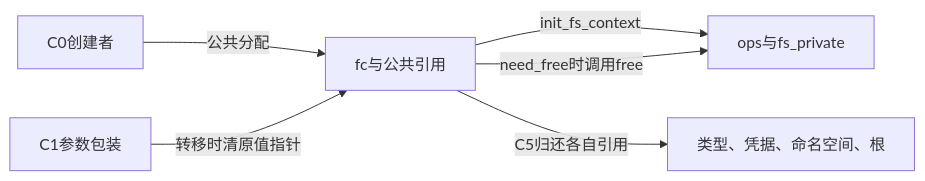
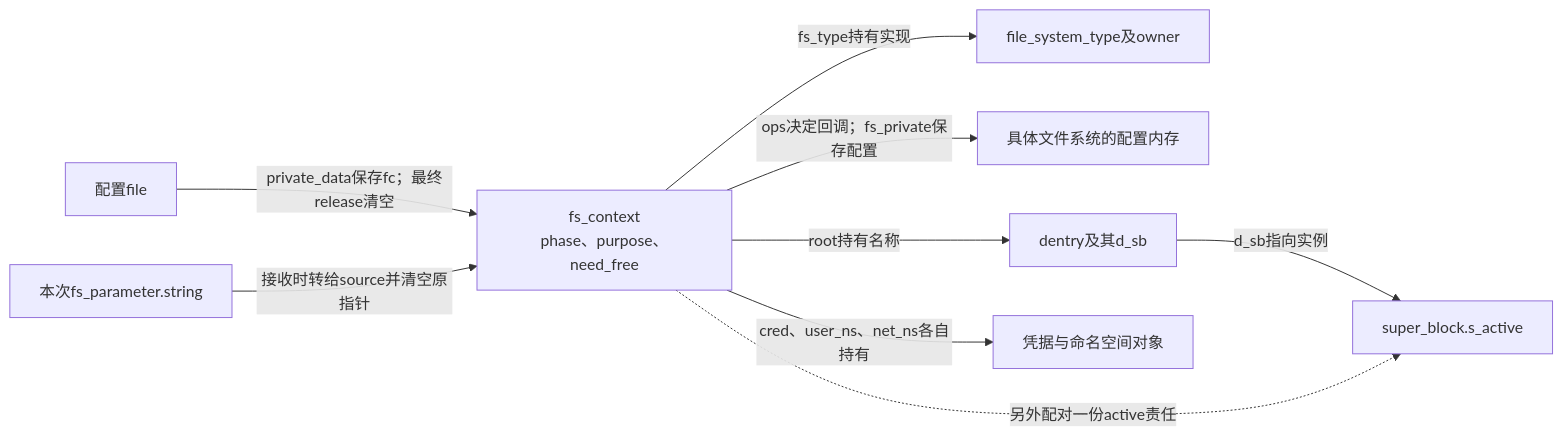
Before and after one commit to FormingSystem/linux_note: the first of 2 diagrams in research/source_reading/vfs/source_explanations/P04_配置上下文的资源取得与释放.md, drawn with Mermaid. The commit also changed other lines of this file and 6 other files, not shown here.

````diff
--- a/research/source_reading/vfs/source_explanations/P04_配置上下文的资源取得与释放.md
+++ b/research/source_reading/vfs/source_explanations/P04_配置上下文的资源取得与释放.md
@@ -91,8 +91,11 @@
 ```mermaid
 flowchart LR
-    caller["C0创建者"] -->|"公共分配"| fc["fc与公共引用"]
-    fc -->|"init_fs_context"| private["ops与fs_private"]
-    param["C1参数包装"] -->|"转移时清原值指针"| fc
-    fc -->|"C5归还各自引用"| common["类型、凭据、命名空间、根"]
-    fc -->|"need_free时调用free"| private
+    file["配置file"] -->|"private_data保存fc；最终release清空"| fc["fs_context<br/>phase、purpose、need_free"]
+    fc -->|"fs_type持有实现"| type["file_system_type及owner"]
+    fc -->|"ops决定回调；fs_private保存配置"| private["具体文件系统的配置内存"]
+    fc -->|"root持有名称"| root["dentry及其d_sb"]
+    root -->|"d_sb指向实例"| sb["super_block.s_active"]
+    fc -.->|"另外配对一份active责任"| sb
+    fc -->|"cred、user_ns、net_ns各自持有"| common["凭据与命名空间对象"]
+    param["本次fs_parameter.string"] -->|"接收时转给source并清空原指针"| fc
 ```
````
